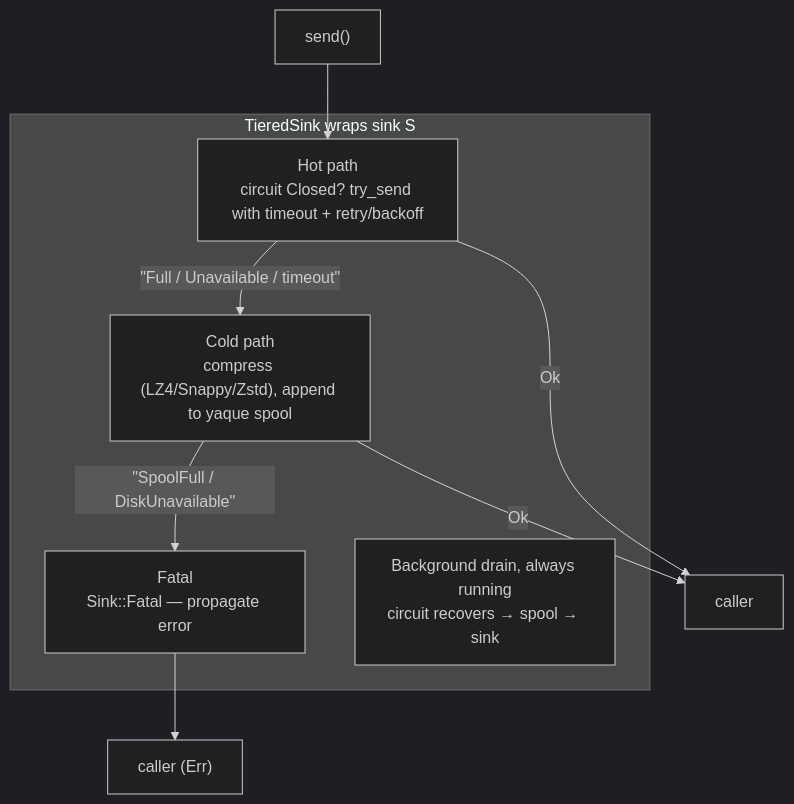
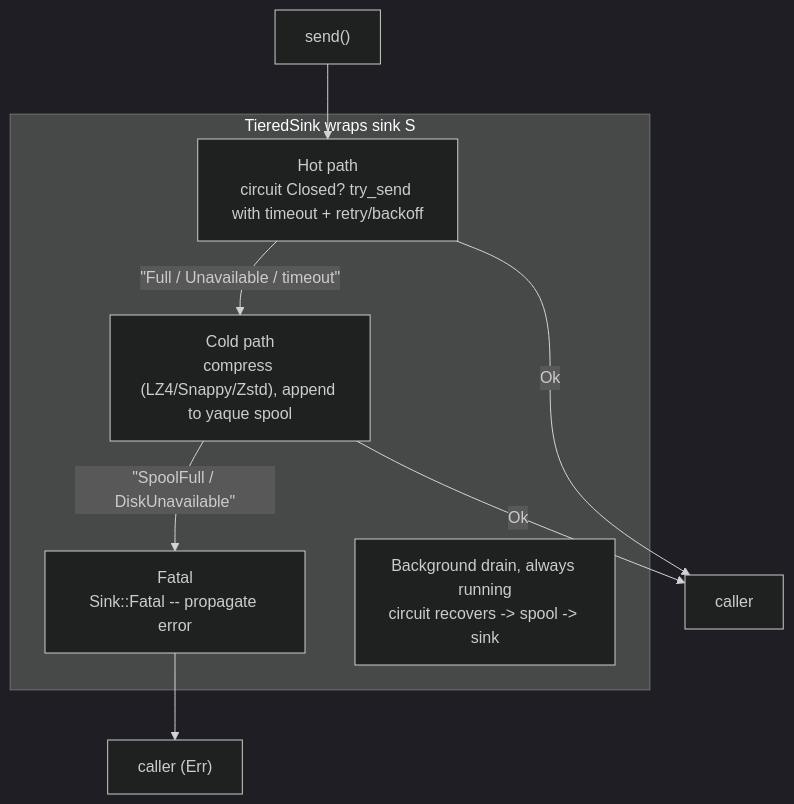
One commit to hyperi-io/scalo-rs changed the first of 3 diagrams in docs/pipeline/tiered-sink.md. Above: the diagram before and after it, drawn with Mermaid (dark theme). The commit also changed other lines of this file and 30 other files, not shown here.

````diff
--- a/docs/pipeline/tiered-sink.md
+++ b/docs/pipeline/tiered-sink.md
@@ -15,15 +15,15 @@
 ```mermaid
 flowchart TB
     Send["send()"] --> Hot
     subgraph TS["TieredSink wraps sink S"]
         Hot["Hot path<br/>circuit Closed? try_send with timeout + retry/backoff"]
         Cold["Cold path<br/>compress (LZ4/Snappy/Zstd), append to yaque spool"]
-        Fatal["Fatal<br/>Sink::Fatal — propagate error"]
-        Drain["Background drain, always running<br/>circuit recovers → spool → sink"]
+        Fatal["Fatal<br/>Sink::Fatal -- propagate error"]
+        Drain["Background drain, always running<br/>circuit recovers -> spool -> sink"]
         Hot -->|&quot;Full / Unavailable / timeout&quot;| Cold
         Cold -->|&quot;SpoolFull / DiskUnavailable&quot;| Fatal
     end
     Hot -->|Ok| Caller["caller"]
     Cold -->|Ok| Caller
     Fatal --> CallerErr["caller (Err)"]
 ```
````
